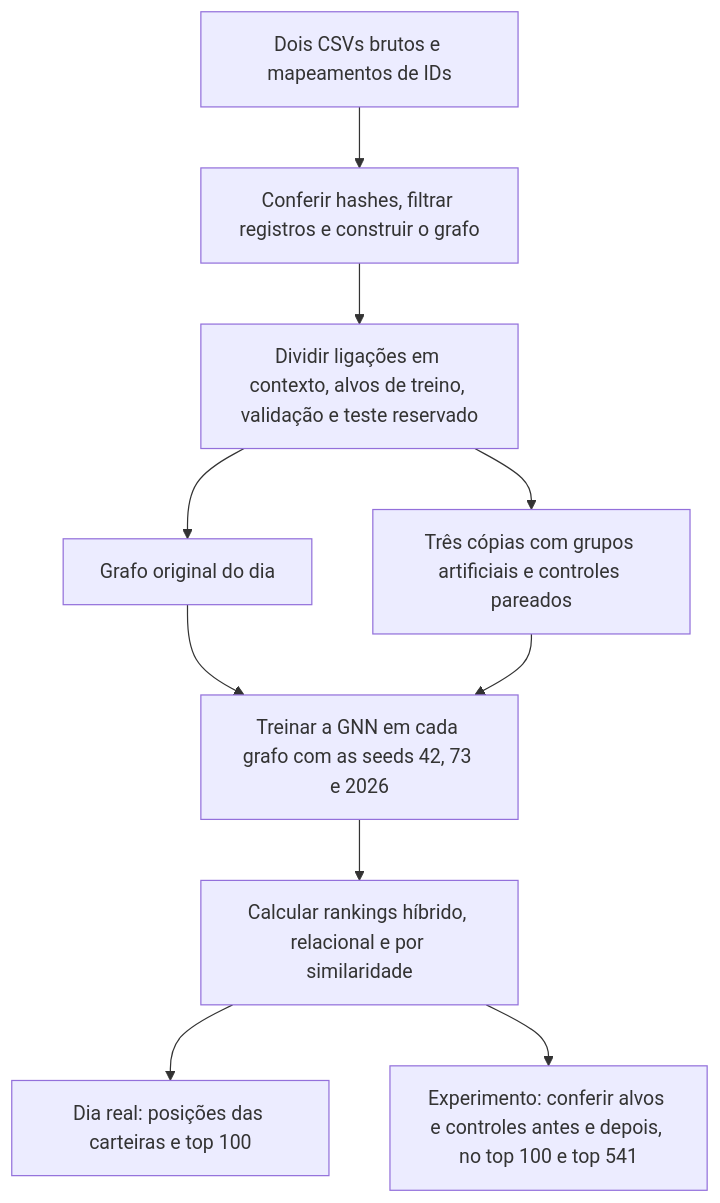
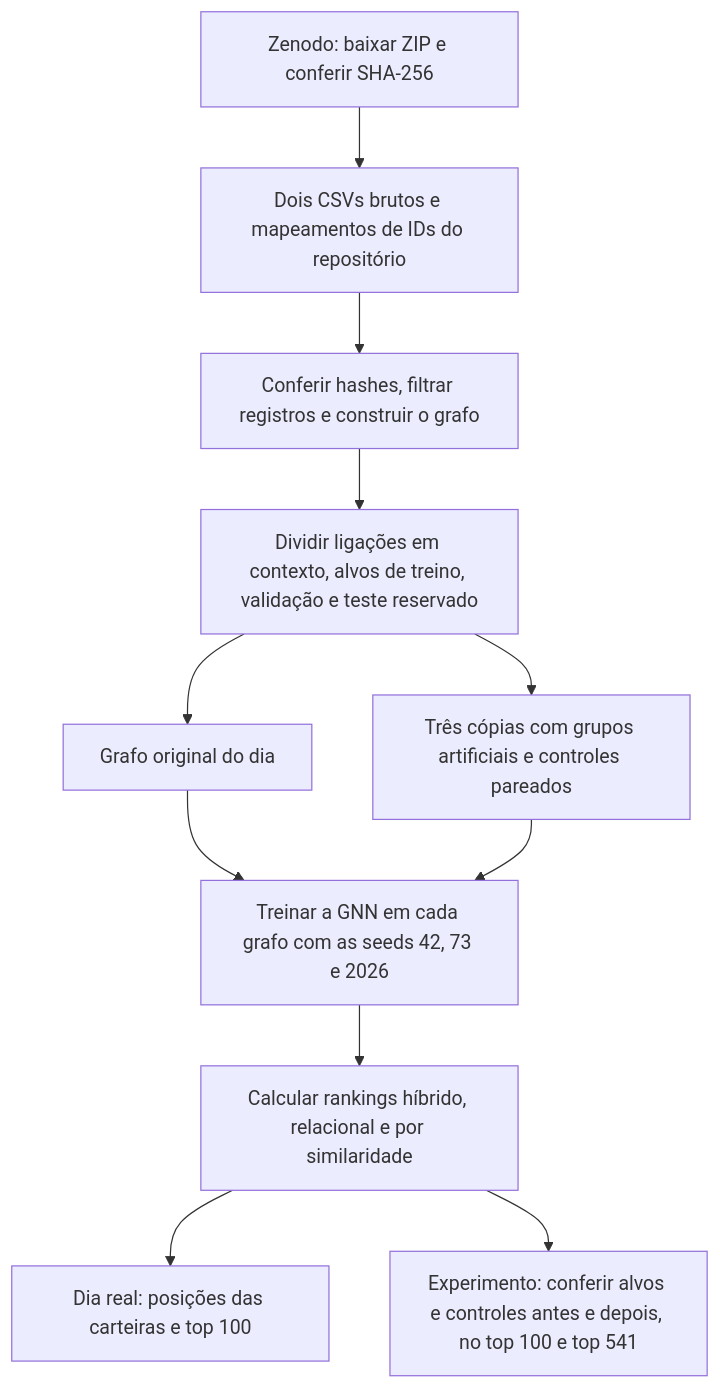
Before and after one commit to Joao-santos-oliveira/betgraph-anomaly: the diagram in README.md, drawn with Mermaid. The commit also changed other lines of this file and 2 other files, not shown here.

Commit message:
Documenta dataset Zenodo e verifica reprodução dos CSVs publicados

````diff
--- a/README.md
+++ b/README.md
@@ -129,12 +168,13 @@
 ```mermaid
 flowchart TD
-    A["Dois CSVs brutos e mapeamentos de IDs"] --> B["Conferir hashes, filtrar registros e construir o grafo"]
+    Z["Zenodo: baixar ZIP e conferir SHA-256"] --> A["Dois CSVs brutos e mapeamentos de IDs do repositório"]
+    A --> B["Conferir hashes, filtrar registros e construir o grafo"]
     B --> C["Dividir ligações em contexto, alvos de treino, validação e teste reservado"]
     C --> D["Grafo original do dia"]
     C --> E["Três cópias com grupos artificiais e controles pareados"]
     D --> F["Treinar a GNN em cada grafo com as seeds 42, 73 e 2026"]
     E --> F
     F --> G["Calcular rankings híbrido, relacional e por similaridade"]
     G --> H["Dia real: posições das carteiras e top 100"]
     G --> I["Experimento: conferir alvos e controles antes e depois, no top 100 e top 541"]
 ```
````
